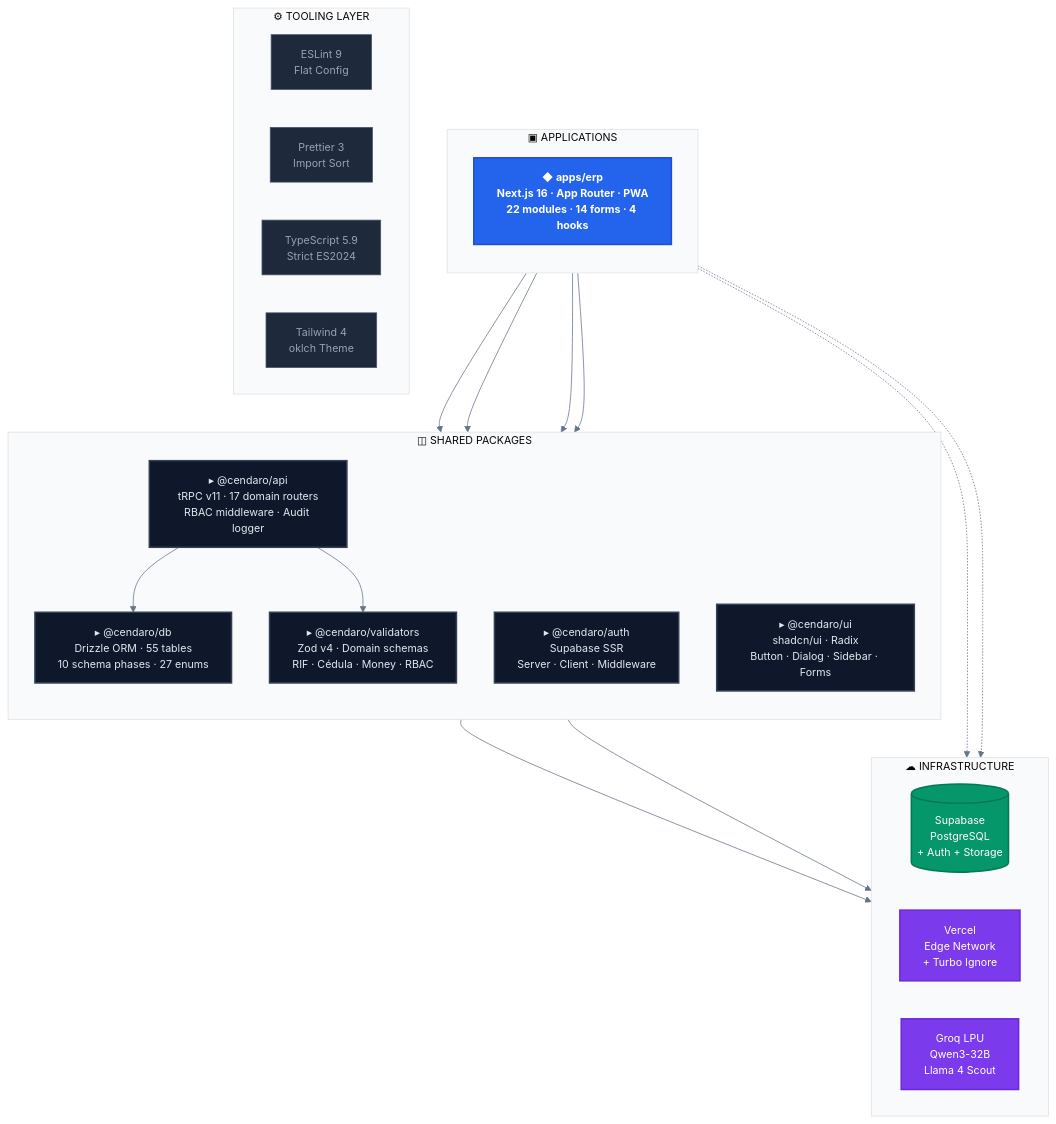
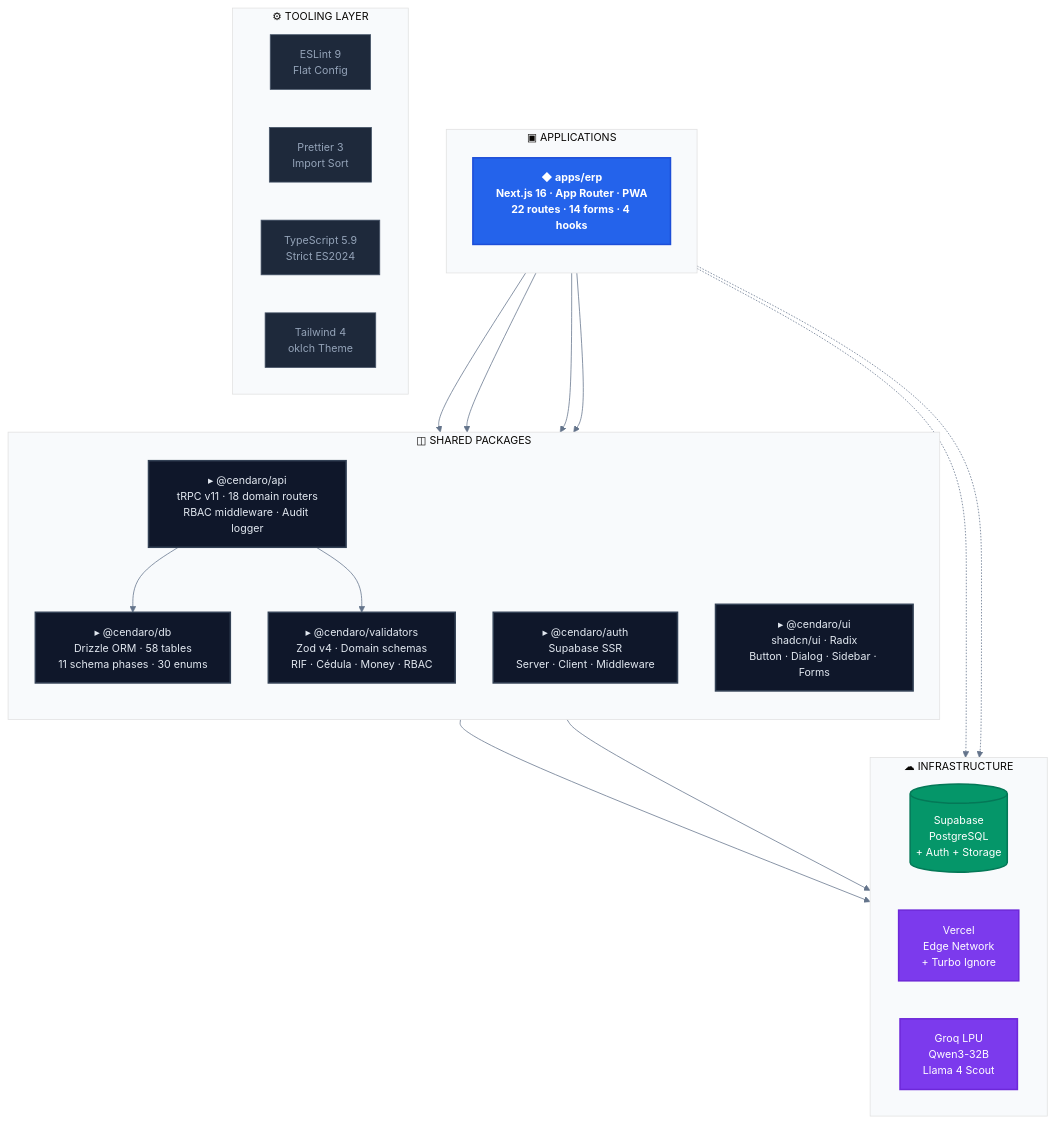
Before and after one commit to jesusjosezapata99-jpg/Cendaro: the first of 9 diagrams in README.md, drawn with Mermaid. The commit also changed other lines of this file and 1 other file, not shown here.

Commit message:
feat: Introduce inventory replacement template and update README with new catalog import router, schema additions, and system growth metrics.

````diff
--- a/README.md
+++ b/README.md
@@ -41,50 +41,50 @@
 ```mermaid
 %%{init: {'theme': 'base', 'themeVariables': {'primaryColor': '#2463eb', 'primaryTextColor': '#fff', 'primaryBorderColor': '#1d4ed8', 'lineColor': '#64748b', 'secondaryColor': '#f1f5f9', 'tertiaryColor': '#f8fafc', 'fontSize': '14px'}}}%%
 
 graph TB
   classDef app fill:#2463eb,stroke:#1d4ed8,color:#fff,stroke-width:2px,font-weight:bold
   classDef pkg fill:#0f172a,stroke:#334155,color:#e2e8f0,stroke-width:2px
   classDef tool fill:#1e293b,stroke:#475569,color:#94a3b8,stroke-width:1px
   classDef infra fill:#059669,stroke:#047857,color:#fff,stroke-width:2px
   classDef external fill:#7c3aed,stroke:#6d28d9,color:#fff,stroke-width:2px
 
   subgraph APPS["▣  APPLICATIONS"]
     direction TB
-    ERP["◆ apps/erp\nNext.js 16 · App Router · PWA\n22 modules · 14 forms · 4 hooks"]:::app
+    ERP["◆ apps/erp\nNext.js 16 · App Router · PWA\n22 routes · 14 forms · 4 hooks"]:::app
   end
 
   subgraph PACKAGES["◫  SHARED PACKAGES"]
     direction TB
-    API["▸ @cendaro/api\ntRPC v11 · 17 domain routers\nRBAC middleware · Audit logger"]:::pkg
-    DB["▸ @cendaro/db\nDrizzle ORM · 55 tables\n10 schema phases · 27 enums"]:::pkg
+    API["▸ @cendaro/api\ntRPC v11 · 18 domain routers\nRBAC middleware · Audit logger"]:::pkg
+    DB["▸ @cendaro/db\nDrizzle ORM · 58 tables\n11 schema phases · 30 enums"]:::pkg
     AUTH["▸ @cendaro/auth\nSupabase SSR\nServer · Client · Middleware"]:::pkg
     UI["▸ @cendaro/ui\nshadcn/ui · Radix\nButton · Dialog · Sidebar · Forms"]:::pkg
     VAL["▸ @cendaro/validators\nZod v4 · Domain schemas\nRIF · Cédula · Money · RBAC"]:::pkg
   end
 
   subgraph TOOLING["⚙  TOOLING LAYER"]
     direction LR
     T1["ESLint 9\nFlat Config"]:::tool
     T2["Prettier 3\nImport Sort"]:::tool
     T3["TypeScript 5.9\nStrict ES2024"]:::tool
     T4["Tailwind 4\noklch Theme"]:::tool
   end
 
   subgraph INFRA["☁  INFRASTRUCTURE"]
     direction LR
     SB[("Supabase\nPostgreSQL\n+ Auth + Storage")]:::infra
     VCL["Vercel\nEdge Network\n+ Turbo Ignore"]:::external
     GROQ["Groq LPU\nQwen3-32B\nLlama 4 Scout"]:::external
   end
 
   ERP --> API
   ERP --> AUTH
   ERP --> UI
   ERP --> VAL
   API --> DB
   API --> VAL
   DB --> SB
   AUTH --> SB
   ERP -.-> VCL
   ERP -.-> GROQ
 ```
````
